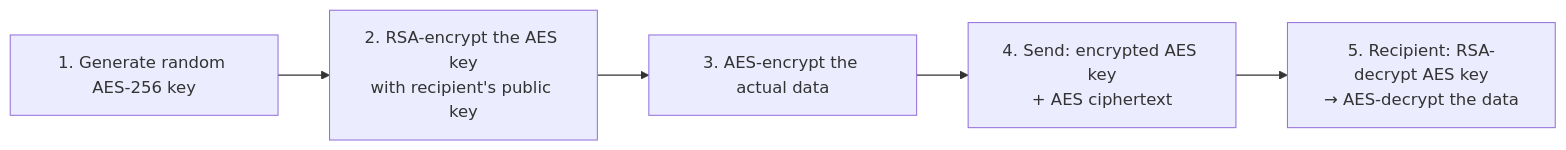
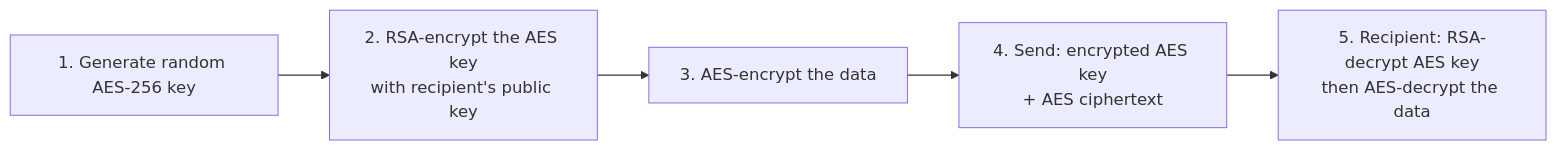
One commit to csoares/SecurityJava changed the third of 3 diagrams in src/main/java/security/encryption/asymmetric/README.md. Above: the diagram before and after it, drawn with Mermaid. The commit also changed 10 other files, not shown here.

Commit message:
Refine README diagrams and descriptions for clarity and accuracy

````diff
--- a/src/main/java/security/encryption/asymmetric/README.md
+++ b/src/main/java/security/encryption/asymmetric/README.md
@@ -57,7 +57,7 @@
 ```mermaid
 flowchart LR
     H1["1. Generate random AES-256 key"] --> H2["2. RSA-encrypt the AES key<br/>with recipient's public key"]
-    H2 --> H3["3. AES-encrypt the actual data"]
+    H2 --> H3["3. AES-encrypt the data"]
     H3 --> H4["4. Send: encrypted AES key<br/>+ AES ciphertext"]
-    H4 --> H5["5. Recipient: RSA-decrypt AES key<br/>→ AES-decrypt the data"]
+    H4 --> H5["5. Recipient: RSA-decrypt AES key<br/>then AES-decrypt the data"]
 ```
````
